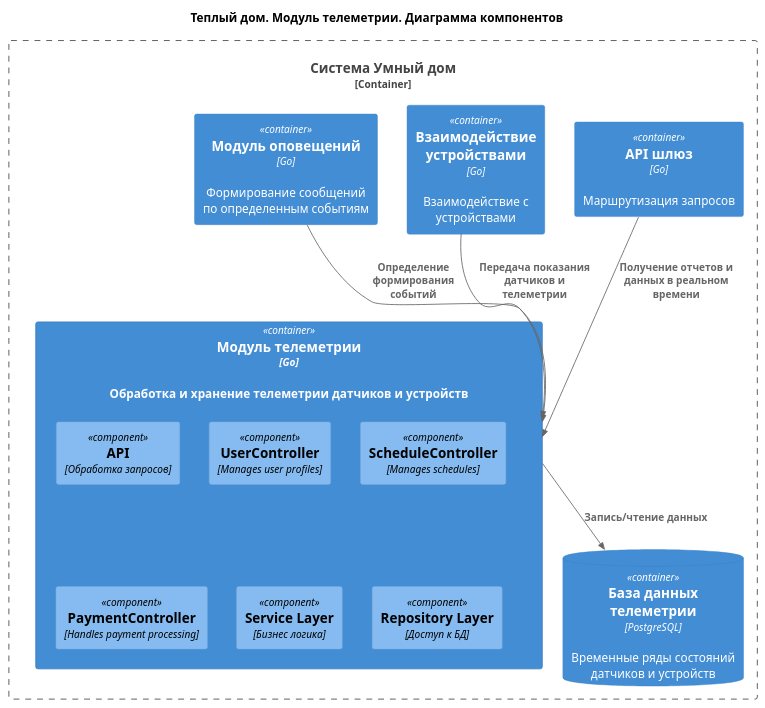
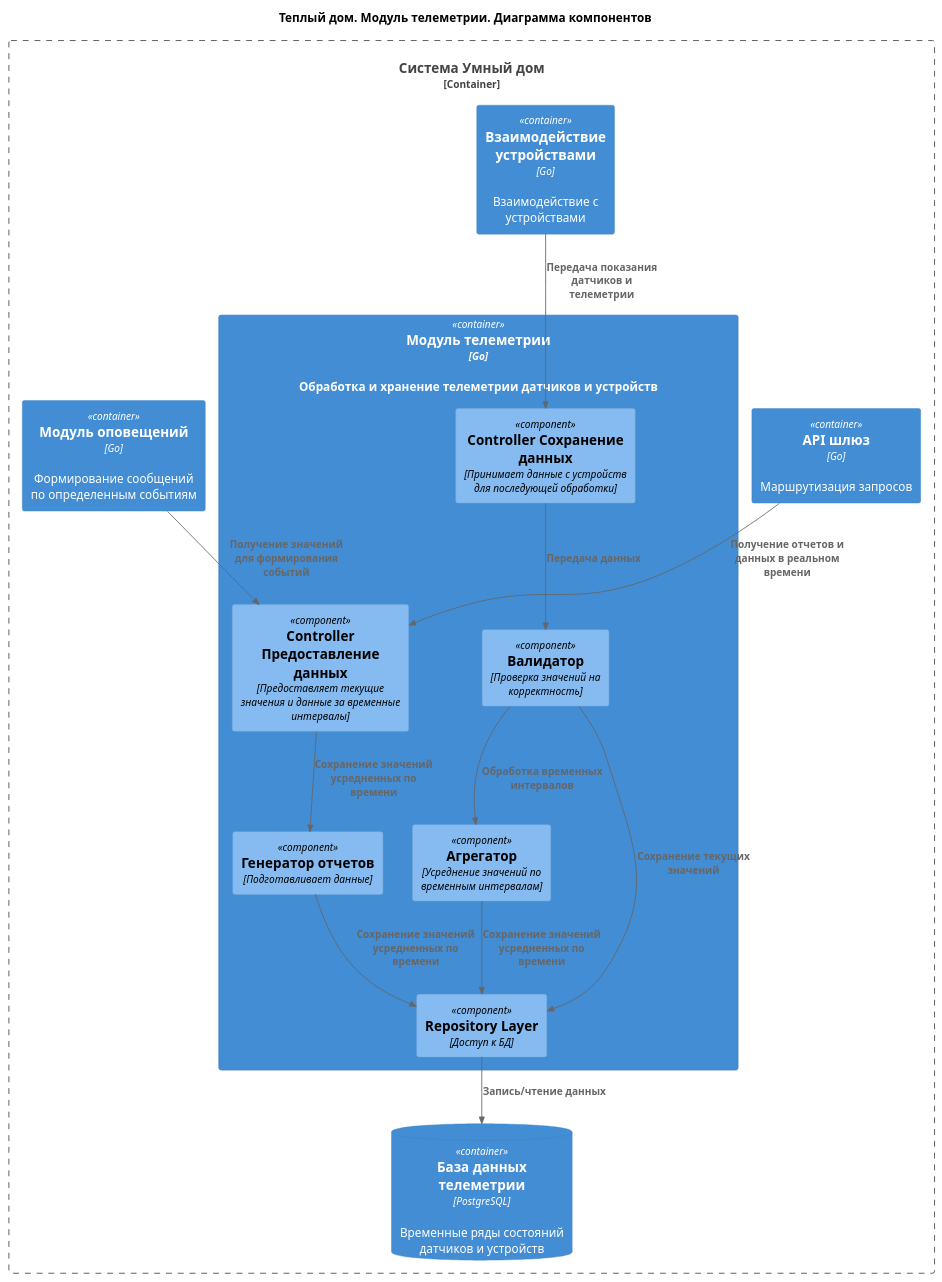
The diagram in diagrams/C4.Component.Telemetry.puml (binaril/architecture-warmhouse), drawn with PlantUML before and after one commit. The commit also changed 7 other files, not shown here.

```diff
--- a/diagrams/C4.Component.Telemetry.puml
+++ b/diagrams/C4.Component.Telemetry.puml
@@ -1,30 +1,37 @@
 @startuml
 title Теплый дом. Модуль телеметрии. Диаграмма компонентов
 
 top to bottom direction
 
 !includeurl https://raw.githubusercontent.com/RicardoNiepel/C4-PlantUML/master/C4_Component.puml
 
 
 Container_Boundary(SmartHouse, "Система Умный дом") {
   Container(GateWay, "API шлюз", "Go", "Маршрутизация запросов")
   Container(DeviceControl, "Взаимодействие устройствами", "Go", "Взаимодействие с устройствами")
   Container(Telemetry, "Модуль телеметрии", "Go", "Обработка и хранение телеметрии датчиков и устройств")
   ContainerDb(TelemetryDatabase, "База данных телеметрии", "PostgreSQL", "Временные ряды состояний датчиков и устройств")
   Container(Notification, "Модуль оповещений", "Go", "Формирование сообщений по определенным событиям")
 }
 
 Container(Telemetry, "Модуль телеметрии", "Go") {
-  Component(ApiHandler, "API", "Обработка запросов")
-  Component(PollingCircle, "UserController", "Manages user profiles")
-  Component(ScheduleController, "ScheduleController", "Manages schedules")
-  Component(PaymentController, "PaymentController", "Handles payment processing")
-  Component(Aggragator, "Service Layer", "Бизнес логика")
+  Component(WriteController, "Controller Сохранение данных", "Принимает данные с устройств для последующей обработки")
+  Component(Validator, "Валидатор", "Проверка значений на корректность")
+  Component(Aggregator, "Агрегатор", "Усреднение значений по временным интервалам")
+  Component(ReadController, "Controller Предоставление данных", "Предоставляет текущие значения и данные за временные интервалы")
+  Component(ReportGenerator, "Генератор отчетов", "Подготавливает данные")
   Component(RepositoryLayer, "Repository Layer", "Доступ к БД")
 }
 
-Rel(GateWay, Telemetry, "Получение отчетов и данных в реальном времени")
-Rel(Telemetry,TelemetryDatabase,"Запись/чтение данных")
-Rel(Notification, Telemetry, "Определение формирования событий")
-Rel(DeviceControl, Telemetry, "Передача показания датчиков и телеметрии")
+Rel(GateWay, ReadController, "Получение отчетов и данных в реальном времени")
+Rel(RepositoryLayer,TelemetryDatabase,"Запись/чтение данных")
+Rel(Notification, ReadController, "Получение значений для формирования событий")
+Rel(DeviceControl, WriteController, "Передача показания датчиков и телеметрии")
+Rel(WriteController, Validator, "Передача данных")
+Rel(Validator, Aggregator, "Обработка временных интервалов")
+Rel(Validator, RepositoryLayer, "Сохранение текущих значений")
+Rel(Aggregator, RepositoryLayer, "Сохранение значений усредненных по времени")
+Rel(ReadController, ReportGenerator, "Сохранение значений усредненных по времени")
+Rel(ReportGenerator, RepositoryLayer, "Сохранение значений усредненных по времени")
+
 @enduml
```
